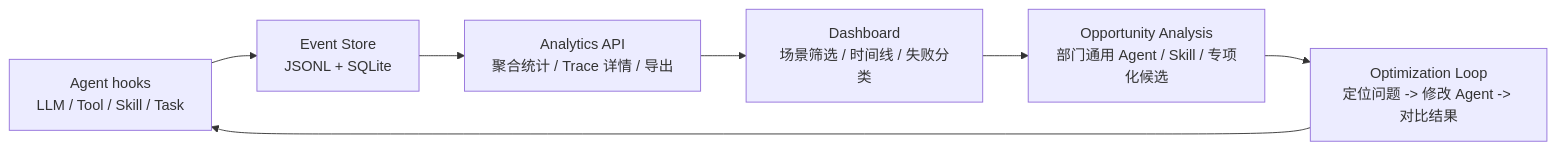
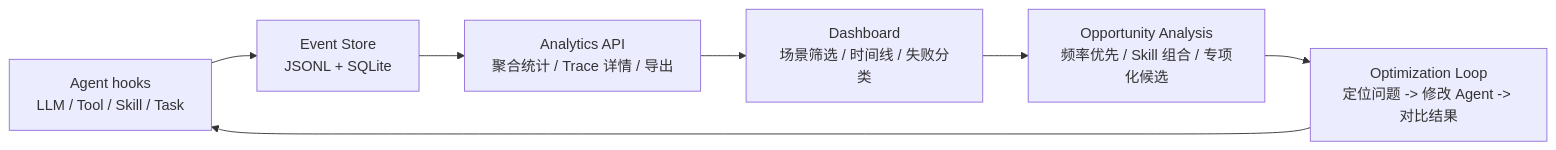
The diagram in README.md (felix-windsor/hermes-agent-observability), drawn with Mermaid before and after one commit. The commit also changed other lines of this file and 7 other files, not shown here.

````diff
--- a/README.md
+++ b/README.md
@@ -24,9 +24,9 @@
 ```mermaid
 flowchart LR
   A["Agent hooks<br/>LLM / Tool / Skill / Task"] --> B["Event Store<br/>JSONL + SQLite"]
   B --> C["Analytics API<br/>聚合统计 / Trace 详情 / 导出"]
   C --> D["Dashboard<br/>场景筛选 / 时间线 / 失败分类"]
-  D --> E["Opportunity Analysis<br/>部门通用 Agent / Skill / 专项化候选"]
+  D --> E["Opportunity Analysis<br/>频率优先 / Skill 组合 / 专项化候选"]
   E --> F["Optimization Loop<br/>定位问题 -> 修改 Agent -> 对比结果"]
   F --> A
 ```
````
